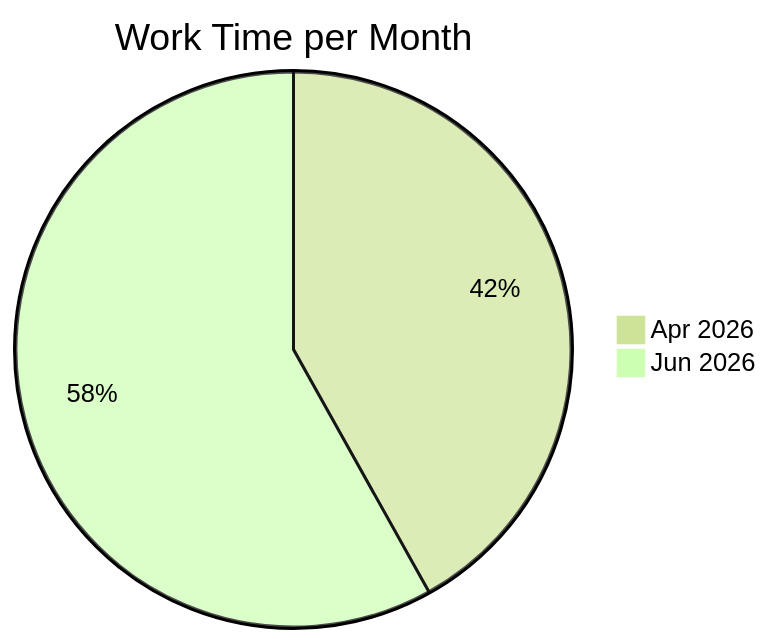
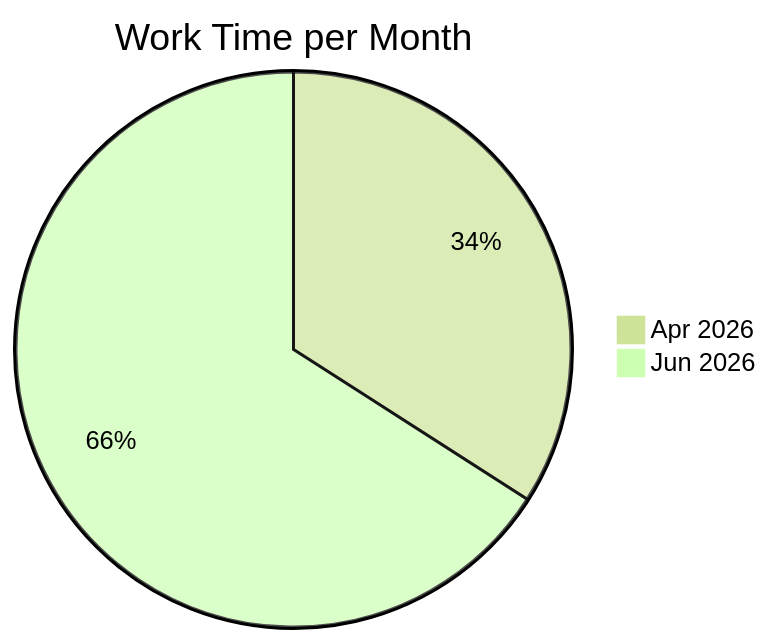
One commit to notWetro/time-tracker changed the diagram in README.md. Above: the diagram before and after it, drawn with Mermaid (forest theme). The commit also changed other lines of this file and 1 other file, not shown here.

Commit message:
updated worktime

````diff
--- a/README.md
+++ b/README.md
@@ -10,6 +10,6 @@
 ```mermaid
 pie
     title Work Time per Month
     "Apr 2026" : 3.1
-    "Jun 2026" : 4.3
+    "Jun 2026" : 6.0
 ```
````
